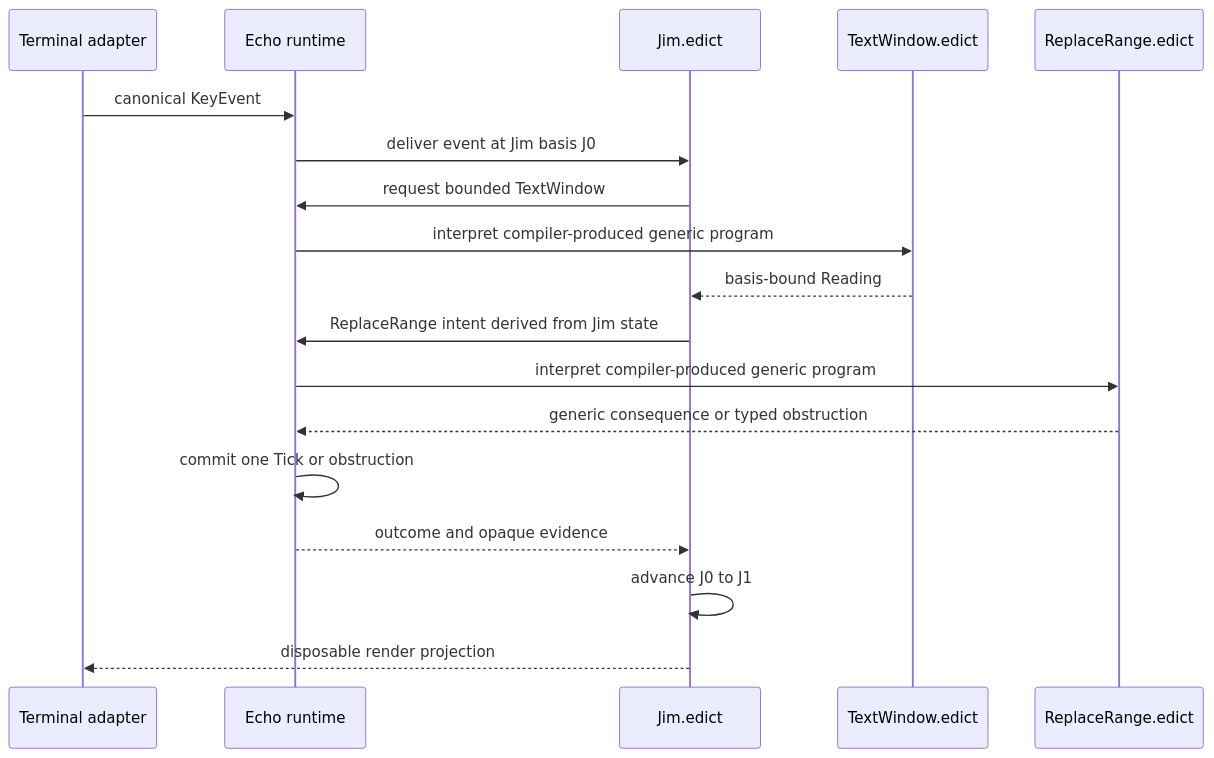
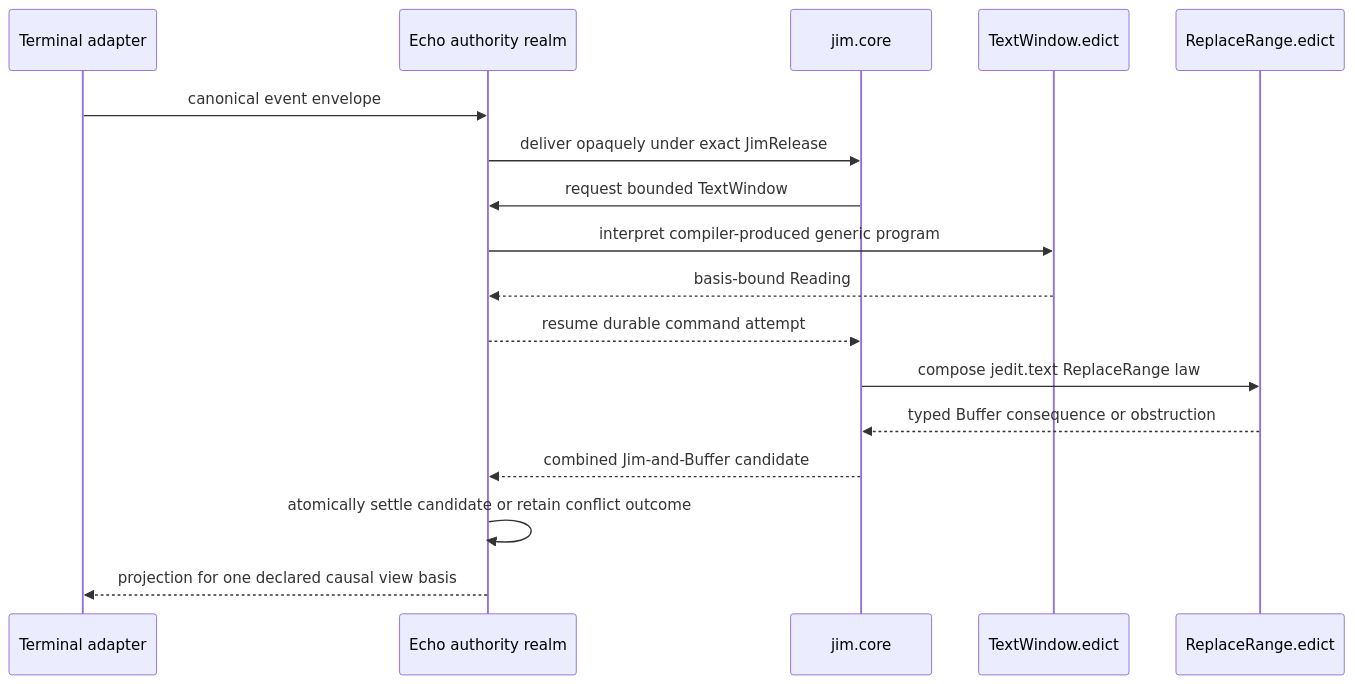
The second of 3 diagrams in docs/echo-application-hosting-guide.md (flyingrobots/jedit), drawn with Mermaid before and after one commit. The commit also changed other lines of this file and 10 other files, not shown here.

Commit message:
Docs: reconcile Jim architecture boundaries

````diff
--- a/docs/echo-application-hosting-guide.md
+++ b/docs/echo-application-hosting-guide.md
@@ -135,21 +142,20 @@
 ```mermaid
 sequenceDiagram
     participant T as Terminal adapter
-    participant E as Echo runtime
-    participant J as Jim.edict
+    participant E as Echo authority realm
+    participant J as jim.core
     participant W as TextWindow.edict
     participant R as ReplaceRange.edict
 
-    T->>E: canonical KeyEvent
-    E->>J: deliver event at Jim basis J0
+    T->>E: canonical event envelope
+    E->>J: deliver opaquely under exact JimRelease
     J->>E: request bounded TextWindow
     E->>W: interpret compiler-produced generic program
-    W-->>J: basis-bound Reading
-    J->>E: ReplaceRange intent derived from Jim state
-    E->>R: interpret compiler-produced generic program
-    R-->>E: generic consequence or typed obstruction
-    E->>E: commit one Tick or obstruction
-    E-->>J: outcome and opaque evidence
-    J->>J: advance J0 to J1
-    J-->>T: disposable render projection
+    W-->>E: basis-bound Reading
+    E-->>J: resume durable command attempt
+    J->>R: compose jedit.text ReplaceRange law
+    R-->>J: typed Buffer consequence or obstruction
+    J-->>E: combined Jim-and-Buffer candidate
+    E->>E: atomically settle candidate or retain conflict outcome
+    E-->>T: projection for one declared causal view basis
 ```
````
